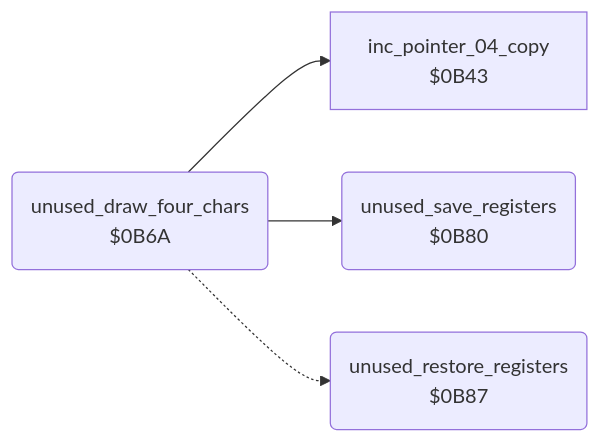
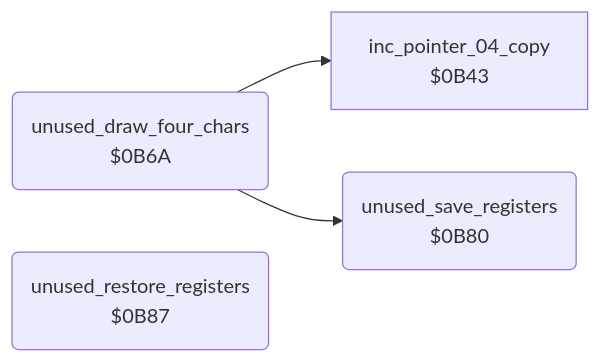
Before and after one commit to henols/c64_games: the diagram in bruce_lee/docs/reference/modules/leftovers/leftover_0b6a.md, drawn with Mermaid. The commit also changed other lines of this file and 236 other files, not shown here.

````diff
--- a/bruce_lee/docs/reference/modules/leftovers/leftover_0b6a.md
+++ b/bruce_lee/docs/reference/modules/leftovers/leftover_0b6a.md
@@ -10,10 +18,9 @@
 ```mermaid
 flowchart LR
   n0b43["inc_pointer_04_copy<br/>$0B43"]
   n0b6a("unused_draw_four_chars<br/>$0B6A")
   n0b80("unused_save_registers<br/>$0B80")
   n0b87("unused_restore_registers<br/>$0B87")
   n0b6a --> n0b43
   n0b6a --> n0b80
-  n0b6a -.-> n0b87
 ```
````
